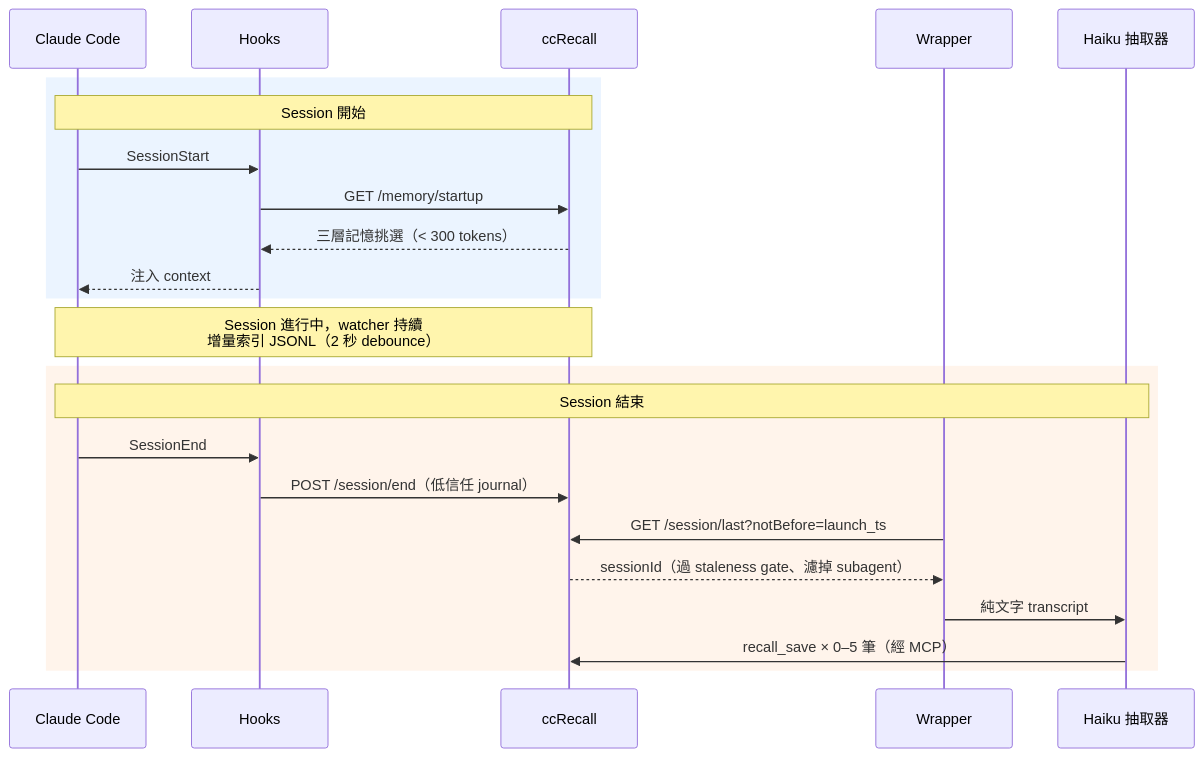
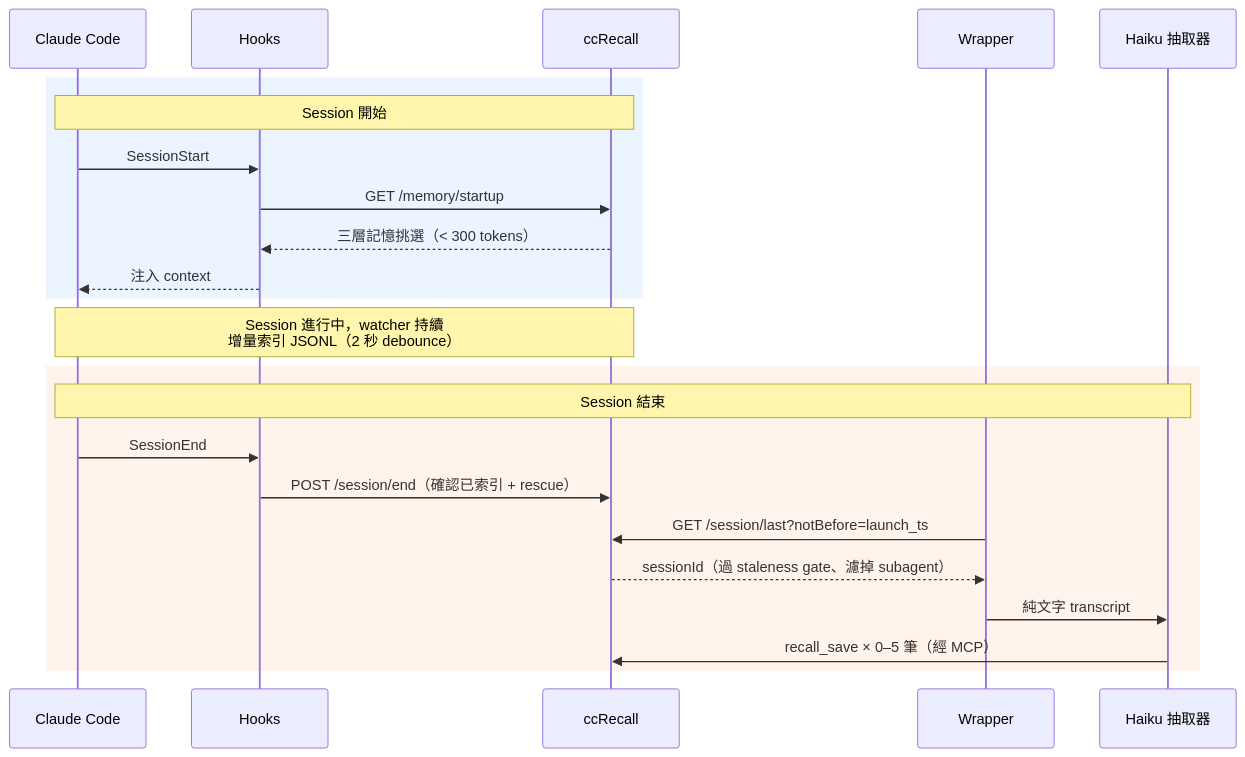
Before and after one commit to tznthou/ccRecall: the second of 2 diagrams in README_ZH.md, drawn with Mermaid. The commit also changed other lines of this file and 34 other files, not shown here.

````diff
--- a/README_ZH.md
+++ b/README_ZH.md
@@ -87,28 +86,28 @@
 ```mermaid
 sequenceDiagram
     participant CC as Claude Code
     participant H as Hooks
     participant R as ccRecall
     participant W as Wrapper
     participant X as Haiku 抽取器
 
     rect rgb(235, 244, 255)
     Note over CC,R: Session 開始
     CC->>H: SessionStart
     H->>R: GET /memory/startup
     R-->>H: 三層記憶挑選（< 300 tokens）
     H-->>CC: 注入 context
     end
 
     Note over CC,R: Session 進行中，watcher 持續<br/>增量索引 JSONL（2 秒 debounce）
 
     rect rgb(255, 244, 235)
     Note over CC,X: Session 結束
     CC->>H: SessionEnd
-    H->>R: POST /session/end（低信任 journal）
+    H->>R: POST /session/end（確認已索引 + rescue）
     W->>R: GET /session/last?notBefore=launch_ts
     R-->>W: sessionId（過 staleness gate、濾掉 subagent）
     W->>X: 純文字 transcript
     X->>R: recall_save × 0–5 筆（經 MCP）
     end
 ```
````
